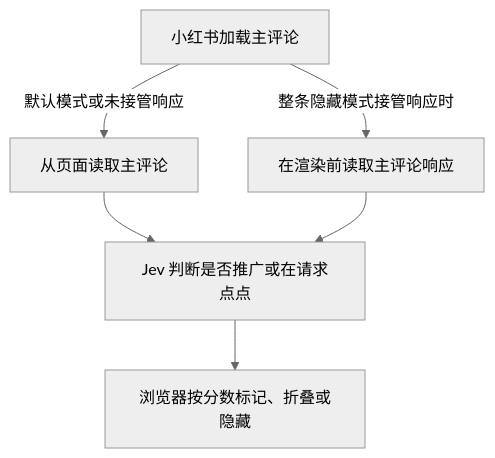
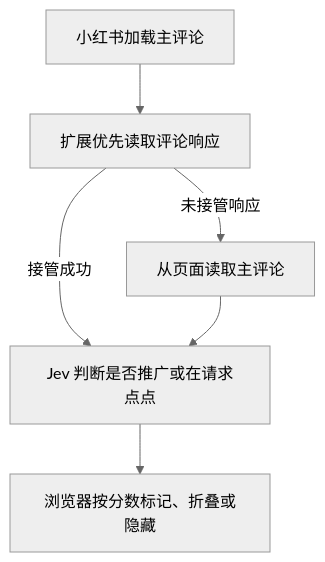
The diagram in README.md (JDChi/jev-rednote), drawn with Mermaid (neutral theme) before and after one commit. The commit also changed other lines of this file and 5 other files, not shown here.

````diff
--- a/README.md
+++ b/README.md
@@ -41,9 +41,8 @@
 ```mermaid
 flowchart TD
-    A["小红书加载主评论"]
-    A -->|"默认模式或未接管响应"| B["从页面读取主评论"]
-    A -->|"整条隐藏模式接管响应时"| C["在渲染前读取主评论响应"]
-    B --> D["Jev 判断是否推广或在请求点点"]
+    A["小红书加载主评论"] --> B["扩展优先读取评论响应"]
+    B -->|"接管成功"| D["Jev 判断是否推广或在请求点点"]
+    B -->|"未接管响应"| C["从页面读取主评论"]
     C --> D
     D --> E["浏览器按分数标记、折叠或隐藏"]
 ```
````
